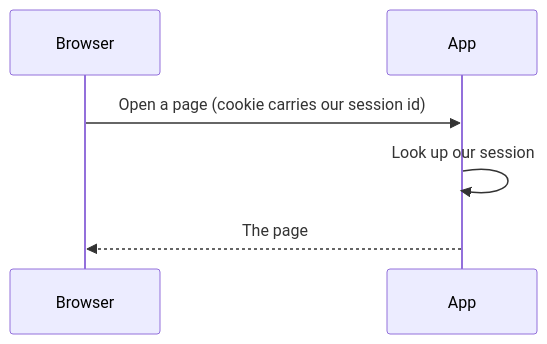
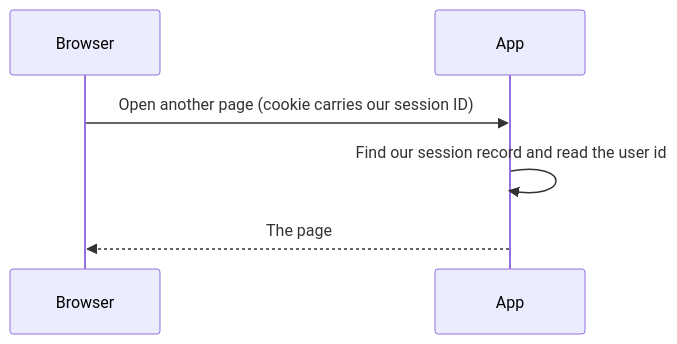
The fifth of 6 diagrams in auth/README.md (tgogos/CS_notes), drawn with Mermaid before and after one commit. The commit also changed other lines of this file, not shown here.

````diff
--- a/auth/README.md
+++ b/auth/README.md
@@ -254,9 +264,9 @@
 ```mermaid
 sequenceDiagram
   participant Browser
   participant App
 
-  Browser->>App: Open a page (cookie carries our session id)
-  App->>App: Look up our session
+  Browser->>App: Open another page (cookie carries our session ID)
+  App->>App: Find our session record and read the user id
   App-->>Browser: The page
 ```
````
